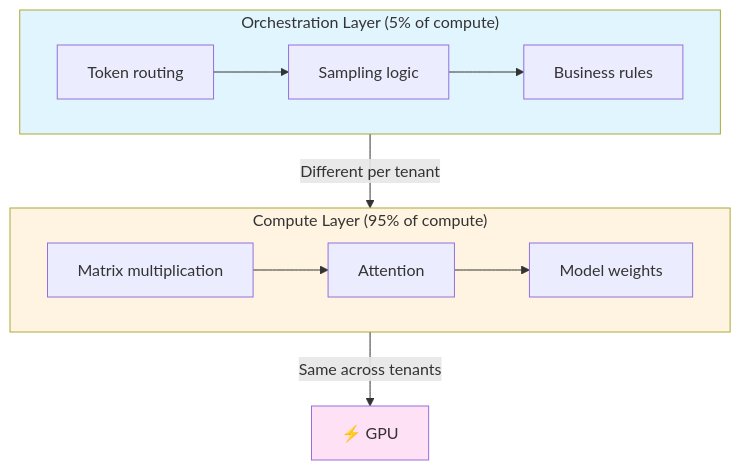
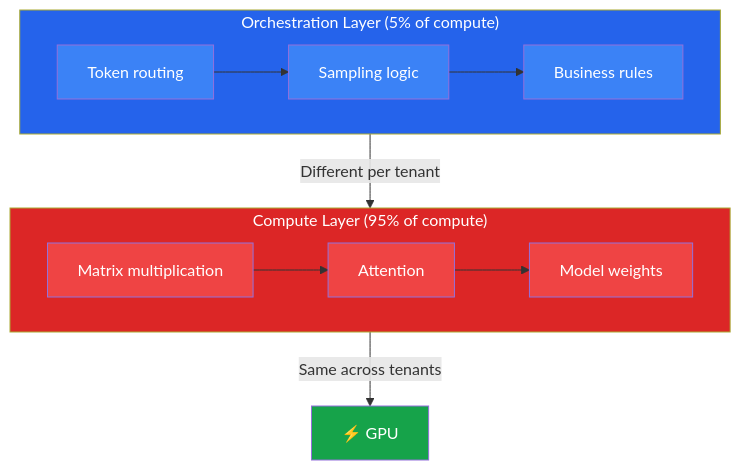
The first of 6 diagrams in README.md (Querent-ai/realm), drawn with Mermaid before and after one commit. The commit also changed other lines of this file, not shown here.

````diff
--- a/README.md
+++ b/README.md
@@ -31,21 +31,27 @@
 ```mermaid
 graph TB
     subgraph Orchestration["Orchestration Layer (5% of compute)"]
         direction LR
         A[Token routing] --> B[Sampling logic]
         B --> C[Business rules]
-        style Orchestration fill:#e1f5ff
+        style Orchestration fill:#2563eb,color:#fff
+        style A fill:#3b82f6,color:#fff
+        style B fill:#3b82f6,color:#fff
+        style C fill:#3b82f6,color:#fff
     end
     
     subgraph Compute["Compute Layer (95% of compute)"]
         direction LR
         D[Matrix multiplication] --> E[Attention]
         E --> F[Model weights]
-        style Compute fill:#fff4e1
+        style Compute fill:#dc2626,color:#fff
+        style D fill:#ef4444,color:#fff
+        style E fill:#ef4444,color:#fff
+        style F fill:#ef4444,color:#fff
     end
     
     Orchestration -->|Different per tenant| Compute
     Compute -->|Same across tenants| GPU["⚡ GPU"]
     
-    style GPU fill:#ffe1f5
+    style GPU fill:#16a34a,color:#fff
 ```
````
